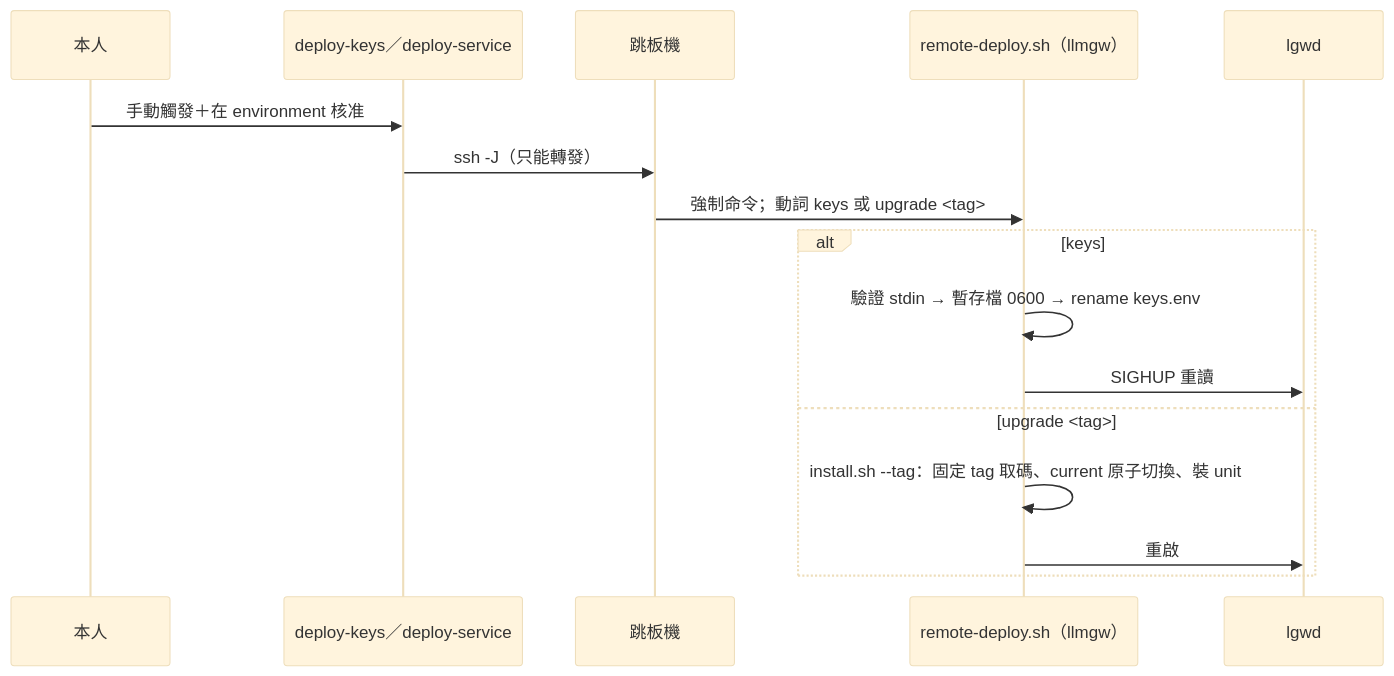
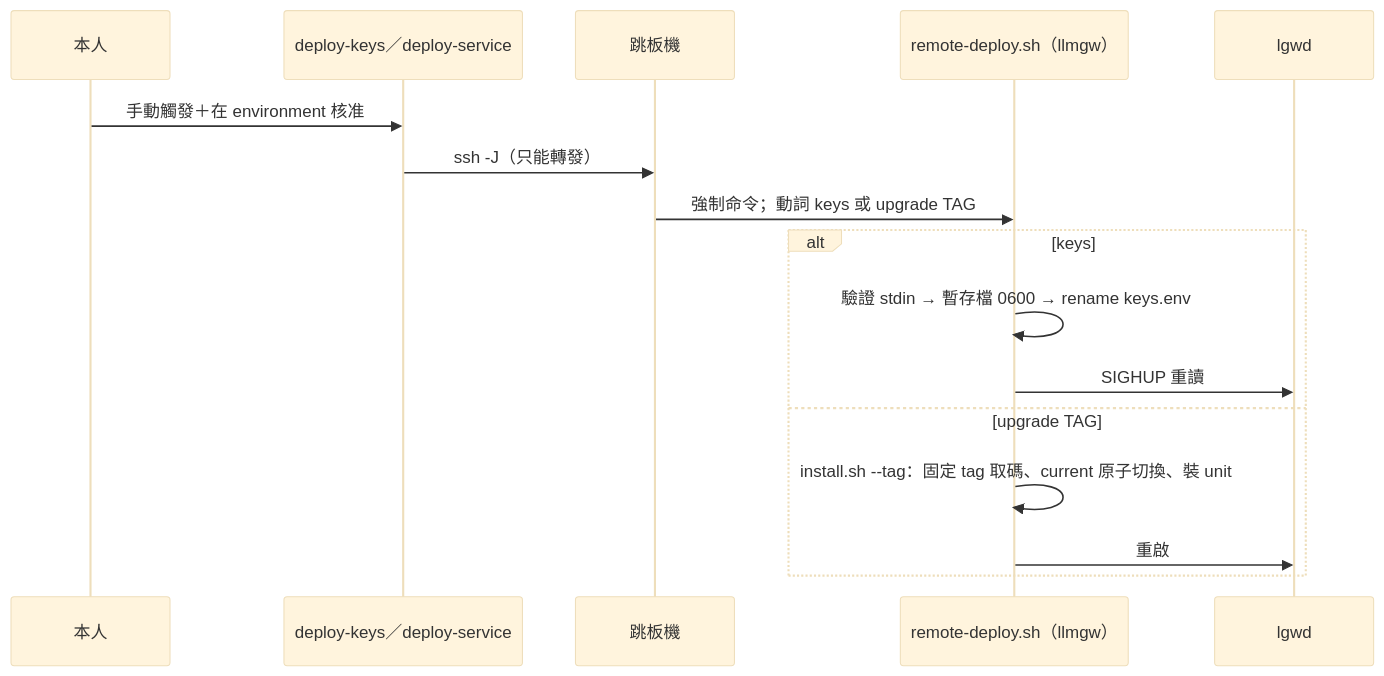
Before and after one commit to FATESAIKOU/LLMGateway: the fifth of 6 diagrams in openspec/changes/gateway-v0/diagrams.md, drawn with Mermaid (base theme). The commit also changed other lines of this file, not shown here.

Commit message:
diagrams: avoid angle brackets in sequence messages (#8)

````diff
--- a/openspec/changes/gateway-v0/diagrams.md
+++ b/openspec/changes/gateway-v0/diagrams.md
@@ -128,18 +128,18 @@
 ```mermaid
 sequenceDiagram
   participant P as 本人
   participant WF as deploy-keys／deploy-service
   participant J as 跳板機
   participant R as remote-deploy.sh（llmgw）
   participant L as lgwd
   P->>WF: 手動觸發＋在 environment 核准
   WF->>J: ssh -J（只能轉發）
-  J->>R: 強制命令；動詞 keys 或 upgrade <tag>
+  J->>R: 強制命令；動詞 keys 或 upgrade TAG
   alt keys
     R->>R: 驗證 stdin → 暫存檔 0600 → rename keys.env
     R->>L: SIGHUP 重讀
-  else upgrade <tag>
+  else upgrade TAG
     R->>R: install.sh --tag：固定 tag 取碼、current 原子切換、裝 unit
     R->>L: 重啟
   end
 ```
````
